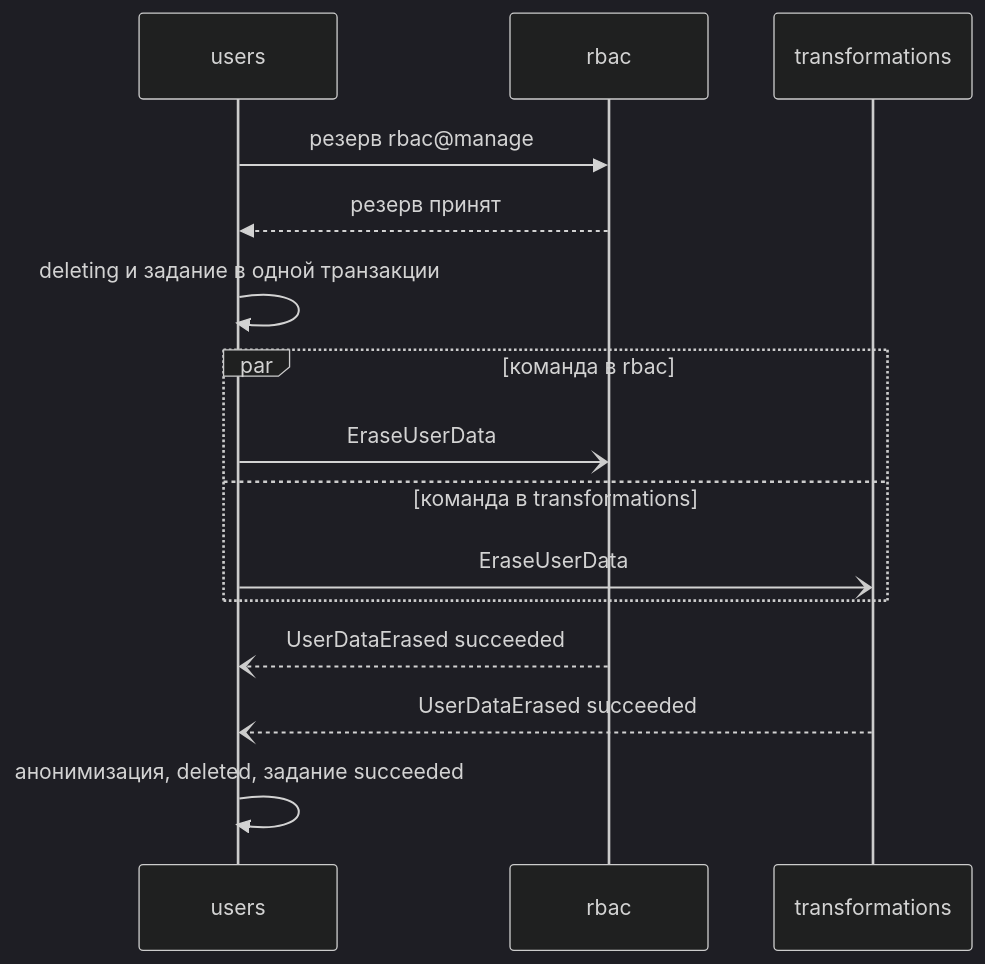
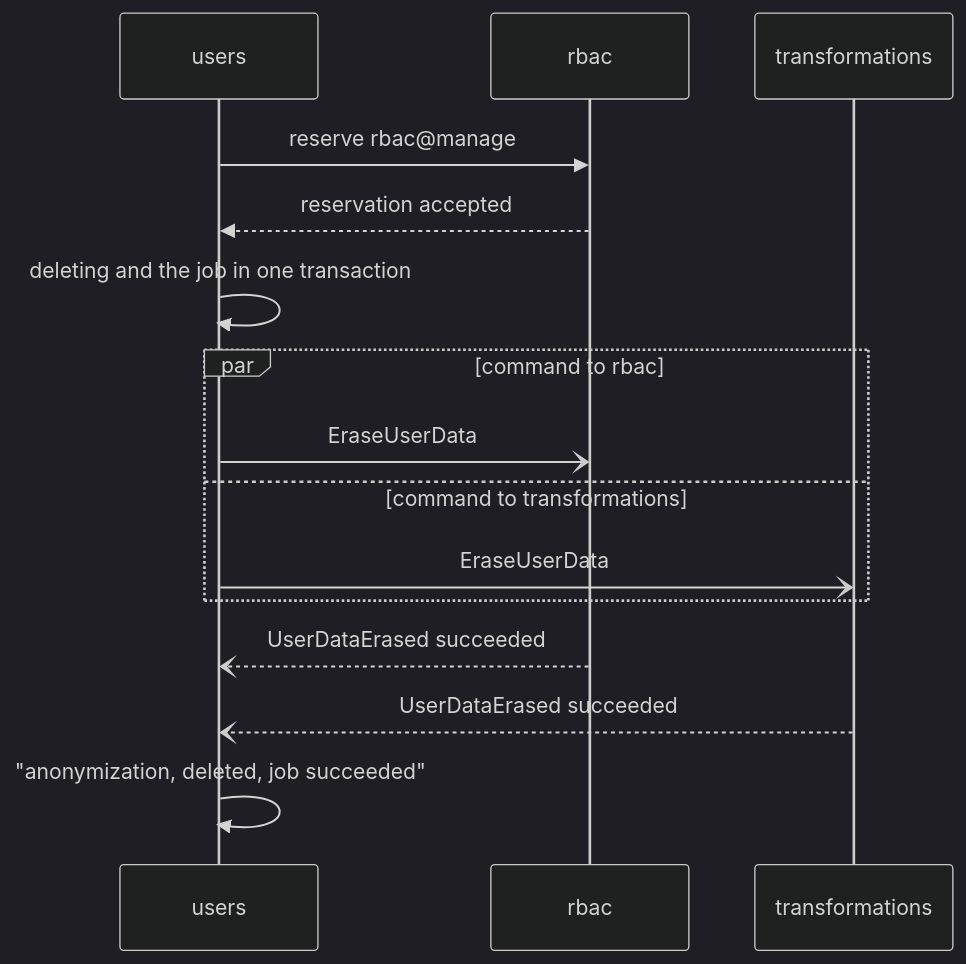
One commit to pavel-skripko-innowise/inno-fe-be-a1 changed the third of 4 diagrams in courses-content/backend/B/1/en/0.4 Согласованность данных.md. Above: the diagram before and after it, drawn with Mermaid (dark theme). The commit also changed other lines of this file and 35 other files, not shown here.

````diff
--- a/courses-content/backend/B/1/en/0.4 Согласованность данных.md
+++ b/courses-content/backend/B/1/en/0.4 Согласованность данных.md
@@ -92,17 +92,17 @@
 ```mermaid
 sequenceDiagram
   participant U as users
   participant R as rbac
   participant T as transformations
-  U->>R: резерв rbac@manage
-  R-->>U: резерв принят
-  U->>U: deleting и задание в одной транзакции
-  par команда в rbac
+  U->>R: reserve rbac@manage
+  R-->>U: reservation accepted
+  U->>U: deleting and the job in one transaction
+  par command to rbac
     U-)R: EraseUserData
-  and команда в transformations
+  and command to transformations
     U-)T: EraseUserData
   end
   R--)U: UserDataErased succeeded
   T--)U: UserDataErased succeeded
-  U->>U: анонимизация, deleted, задание succeeded
+  U->>U: "anonymization, deleted, job succeeded"
 ```
````
